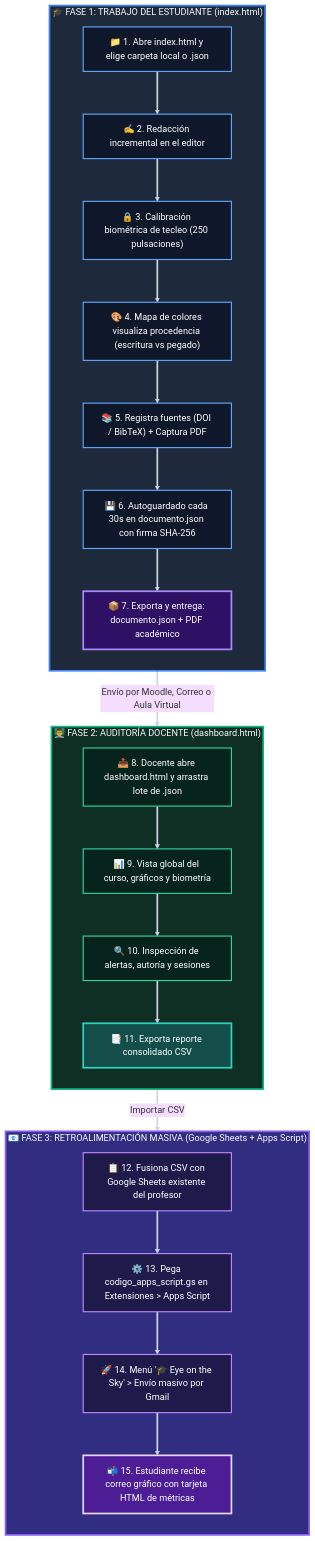
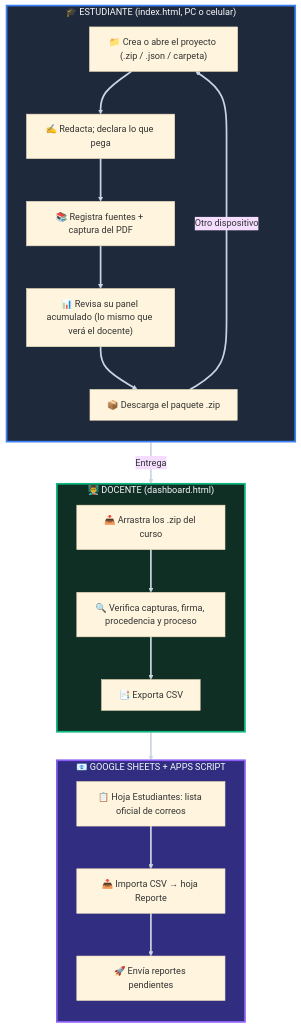
One commit to RicardoQuiroz/eye-on-the-sky changed the diagram in README.md. Above: the diagram before and after it, drawn with Mermaid (base theme). The commit also changed other lines of this file and 9 other files, not shown here.

````diff
--- a/README.md
+++ b/README.md
@@ -94,54 +69,28 @@
 ```mermaid
 flowchart TD
-    subgraph S1["🎓 FASE 1: TRABAJO DEL ESTUDIANTE (index.html)"]
+    subgraph S1["🎓 ESTUDIANTE (index.html, PC o celular)"]
         direction TB
-        A["📁 1. Abre index.html y elige carpeta local o .json"] --> B["✍️ 2. Redacción incremental en el editor"]
-        B --> C["🔒 3. Calibración biométrica de tecleo (250 pulsaciones)"]
-        C --> D["🎨 4. Mapa de colores visualiza procedencia (escritura vs pegado)"]
-        D --> E["📚 5. Registra fuentes (DOI / BibTeX) + Captura PDF"]
-        E --> F["💾 6. Autoguardado cada 30s en documento.json con firma SHA-256"]
-        F --> G["📦 7. Exporta y entrega: documento.json + PDF académico"]
+        A["📁 Crea o abre el proyecto (.zip / .json / carpeta)"] --> B["✍️ Redacta; declara lo que pega"]
+        B --> C["📚 Registra fuentes + captura del PDF"]
+        C --> D["📊 Revisa su panel acumulado (lo mismo que verá el docente)"]
+        D --> E["📦 Descarga el paquete .zip"]
+        E -->|"Otro dispositivo"| A
     end
+    subgraph S2["👨‍🏫 DOCENTE (dashboard.html)"]
+        direction TB
+        H["📥 Arrastra los .zip del curso"] --> I["🔍 Verifica capturas, firma, procedencia y proceso"]
+        I --> K["📑 Exporta CSV"]
+    end
+    subgraph S3["📧 GOOGLE SHEETS + APPS SCRIPT"]
+        direction TB
+        L["📋 Hoja Estudiantes: lista oficial de correos"] --> M["📥 Importa CSV → hoja Reporte"]
+        M --> N["🚀 Envía reportes pendientes"]
+    end
+    E ==>|"Entrega"| H
+    K ==> M
 
-    subgraph S2["👨‍🏫 FASE 2: AUDITORÍA DOCENTE (dashboard.html)"]
-        direction TB
-        H["📥 8. Docente abre dashboard.html y arrastra lote de .json"] --> I["📊 9. Vista global del curso, gráficos y biometría"]
-        I --> J["🔍 10. Inspección de alertas, autoría y sesiones"]
-        J --> K["📑 11. Exporta reporte consolidado CSV"]
-    end
-
-    subgraph S3["📧 FASE 3: RETROALIMENTACIÓN MASIVA (Google Sheets + Apps Script)"]
-        direction TB
-        L["📋 12. Fusiona CSV con Google Sheets existente del profesor"] --> M["⚙️ 13. Pega codigo_apps_script.gs en Extensiones > Apps Script"]
-        M --> N["🚀 14. Menú '🎓 Eye on the Sky' > Envío masivo por Gmail"]
-        N --> O["📬 15. Estudiante recibe correo gráfico con tarjeta HTML de métricas"]
-    end
-
-    G ==>|"Envío por Moodle, Correo o Aula Virtual"| H
-    K ==>|"Importar CSV"| L
-
-    %% Estilos de alto contraste para GitHub
     style S1 fill:#1e293b,stroke:#3b82f6,stroke-width:3px,color:#f8fafc
     style S2 fill:#0f2e24,stroke:#10b981,stroke-width:3px,color:#f8fafc
     style S3 fill:#312e81,stroke:#8b5cf6,stroke-width:3px,color:#f8fafc
-
-    style A fill:#0f172a,stroke:#60a5fa,stroke-width:2px,color:#ffffff
-    style B fill:#0f172a,stroke:#60a5fa,stroke-width:2px,color:#ffffff
-    style C fill:#0f172a,stroke:#60a5fa,stroke-width:2px,color:#ffffff
-    style D fill:#0f172a,stroke:#60a5fa,stroke-width:2px,color:#ffffff
-    style E fill:#0f172a,stroke:#60a5fa,stroke-width:2px,color:#ffffff
-    style F fill:#0f172a,stroke:#60a5fa,stroke-width:2px,color:#ffffff
-    style G fill:#2e1065,stroke:#a78bfa,stroke-width:3px,color:#ffffff
-
-    style H fill:#06231c,stroke:#34d399,stroke-width:2px,color:#ffffff
-    style I fill:#06231c,stroke:#34d399,stroke-width:2px,color:#ffffff
-    style J fill:#06231c,stroke:#34d399,stroke-width:2px,color:#ffffff
-    style K fill:#134e4a,stroke:#2dd4bf,stroke-width:3px,color:#ffffff
-
-    style L fill:#1e1b4b,stroke:#c084fc,stroke-width:2px,color:#ffffff
-    style M fill:#1e1b4b,stroke:#c084fc,stroke-width:2px,color:#ffffff
-    style N fill:#1e1b4b,stroke:#c084fc,stroke-width:2px,color:#ffffff
-    style O fill:#4c1d95,stroke:#e9d5ff,stroke-width:3px,color:#ffffff
-
     linkStyle default stroke:#cbd5e1,stroke-width:3px
 ```
````
